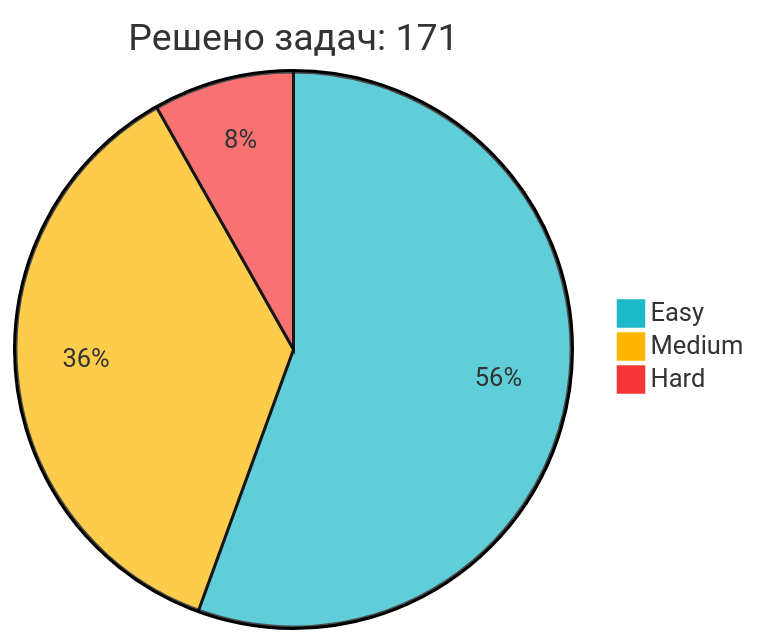
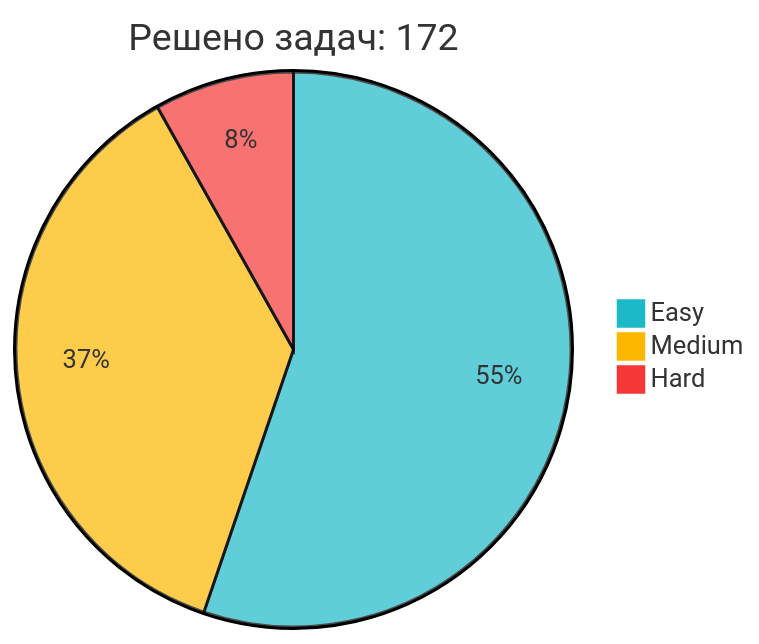
Before and after one commit to IliaKurdukov/IliaKurdukov: the diagram in README.md, drawn with Mermaid. The commit also changed other lines of this file, not shown here.

Commit message:
📈 Обновление статистики LeetCode

````diff
--- a/README.md
+++ b/README.md
@@ -51,7 +51,7 @@
 ```mermaid
 %%{init: {'theme': 'base', 'themeVariables': { 'pie1': '#1CBAC8', 'pie2': '#FEB700', 'pie3': '#F63737' }, 'config': {'width': 300, 'height': 200}}}%%
-pie title Решено задач: 171
+pie title Решено задач: 172
    "Easy" : 95
-   "Medium" : 62
+   "Medium" : 63
    "Hard" : 14
 ```
````
